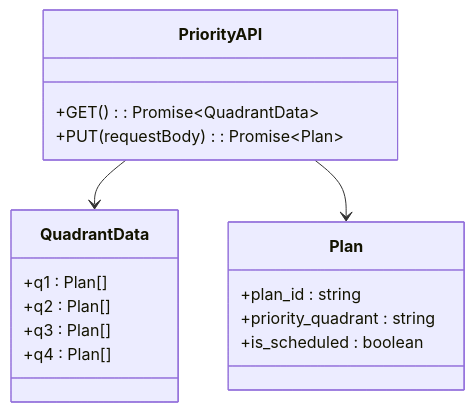
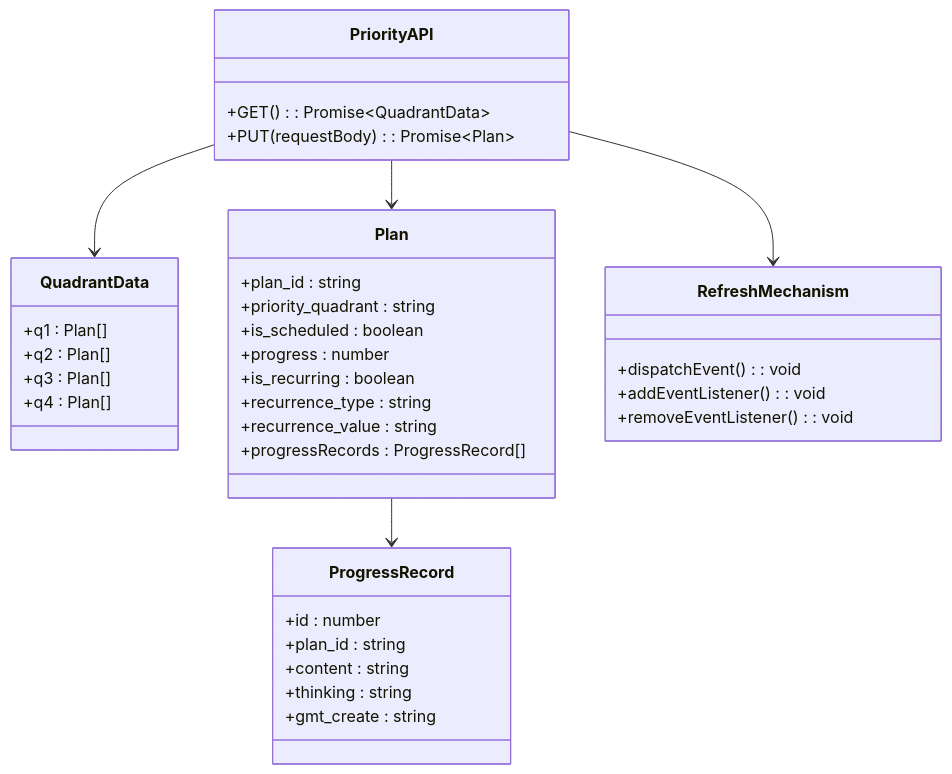
The sixth of 7 diagrams in .qoder/repowiki/en/content/Feature Modules/Quadrant Task Management System.md (peixuanhu/goal-mate), drawn with Mermaid before and after one commit. The commit also changed other lines of this file and 3 other files, not shown here.

````diff
--- a/.qoder/repowiki/en/content/Feature Modules/Quadrant Task Management System.md
+++ b/.qoder/repowiki/en/content/Feature Modules/Quadrant Task Management System.md
@@ -377,20 +488,39 @@
 ```mermaid
 classDiagram
 class PriorityAPI {
 +GET() : Promise~QuadrantData~
 +PUT(requestBody) : Promise~Plan~
 }
 class QuadrantData {
 +q1 : Plan[]
 +q2 : Plan[]
 +q3 : Plan[]
 +q4 : Plan[]
 }
 class Plan {
 +plan_id : string
 +priority_quadrant : string
 +is_scheduled : boolean
++progress : number
++is_recurring : boolean
++recurrence_type : string
++recurrence_value : string
++progressRecords : ProgressRecord[]
+}
+class ProgressRecord {
++id : number
++plan_id : string
++content : string
++thinking : string
++gmt_create : string
+}
+class RefreshMechanism {
++dispatchEvent() : void
++addEventListener() : void
++removeEventListener() : void
 }
 PriorityAPI --> QuadrantData
 PriorityAPI --> Plan
+Plan --> ProgressRecord
+PriorityAPI --> RefreshMechanism
 ```
````
